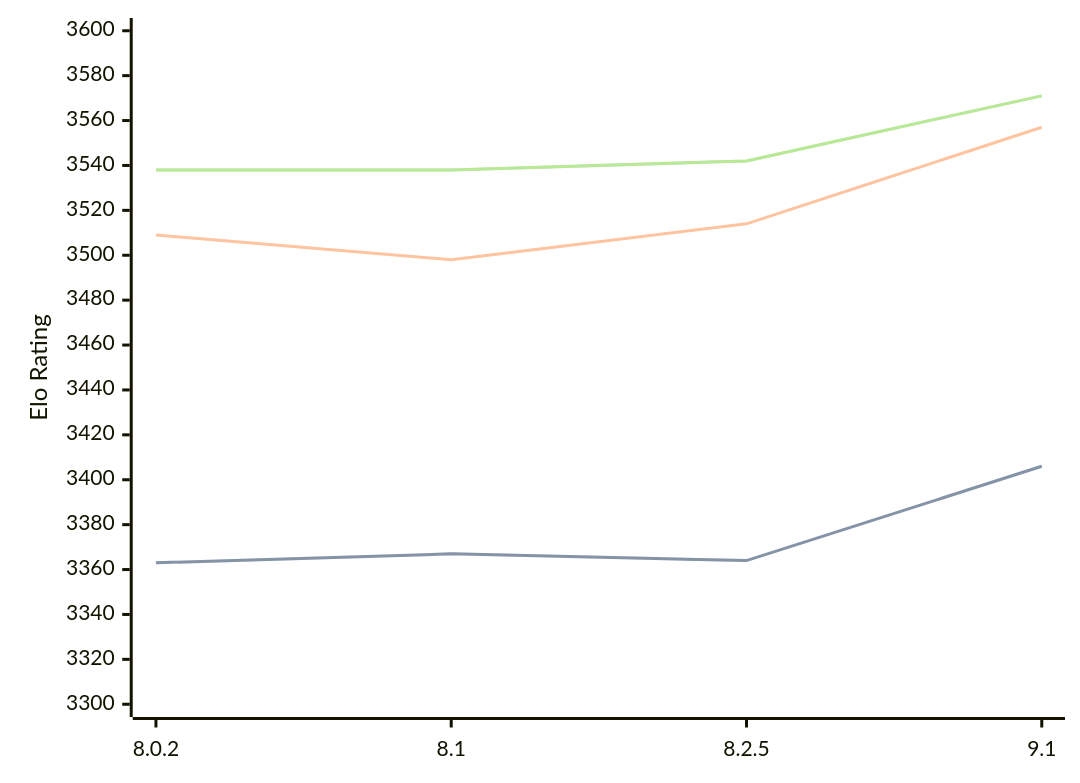
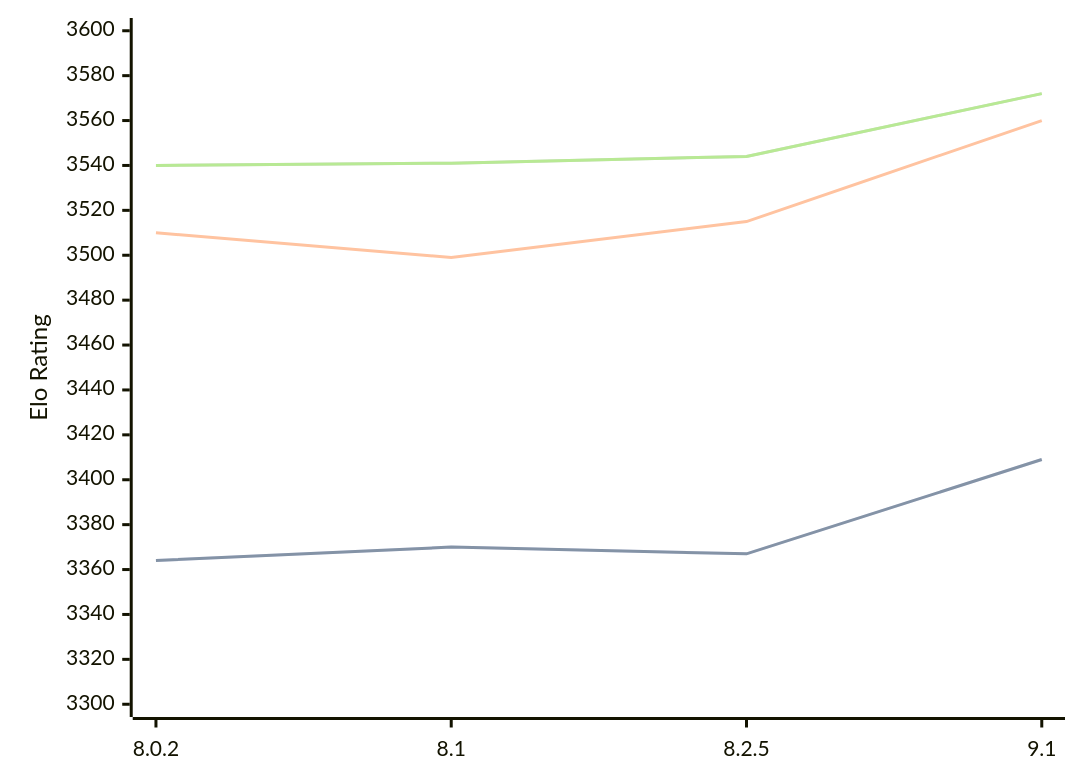
The diagram in engines/Clover.md (computer-chess-index/cci), drawn with Mermaid before and after one commit. The commit also changed other lines of this file, not shown here.

Commit message:
Update CCI Ratings (ELO VLTC) - 2026-04-11

````diff
--- a/engines/Clover.md
+++ b/engines/Clover.md
@@ -64,11 +64,11 @@
 ```mermaid
 %%{init: {"theme":"base","themeVariables":{"seriesColors:['#a3a3a3','#222221','#faa371']}}}%%
 xychart-beta
   x-axis ["8.0.2", "8.1", "8.2.5", "9.1"]
   y-axis "Elo Rating" 3300 --> 3600
-  line "STC (8.0+0.08s)" [3363, 3367, 3364, 3406]
-  line "STC (8.0+0.08s)" [3363, 3367, 3364, 3406]
-  line "LTC (60.0+0.60s)" [3509, 3498, 3514, 3557]
-  line "VLTC (2m24s+1.12s)" [3538, 3538, 3542, 3571]
-  line "VLTC (2m24s+1.12s)" [3538, 3538, 3542, 3571]
+  line "STC (8.0+0.08s)" [3364, 3370, 3367, 3409]
+  line "STC (8.0+0.08s)" [3364, 3370, 3367, 3409]
+  line "LTC (60.0+0.60s)" [3510, 3499, 3515, 3560]
+  line "VLTC (2m24s+1.12s)" [3540, 3541, 3544, 3572]
+  line "VLTC (2m24s+1.12s)" [3540, 3541, 3544, 3572]
 ```
````
